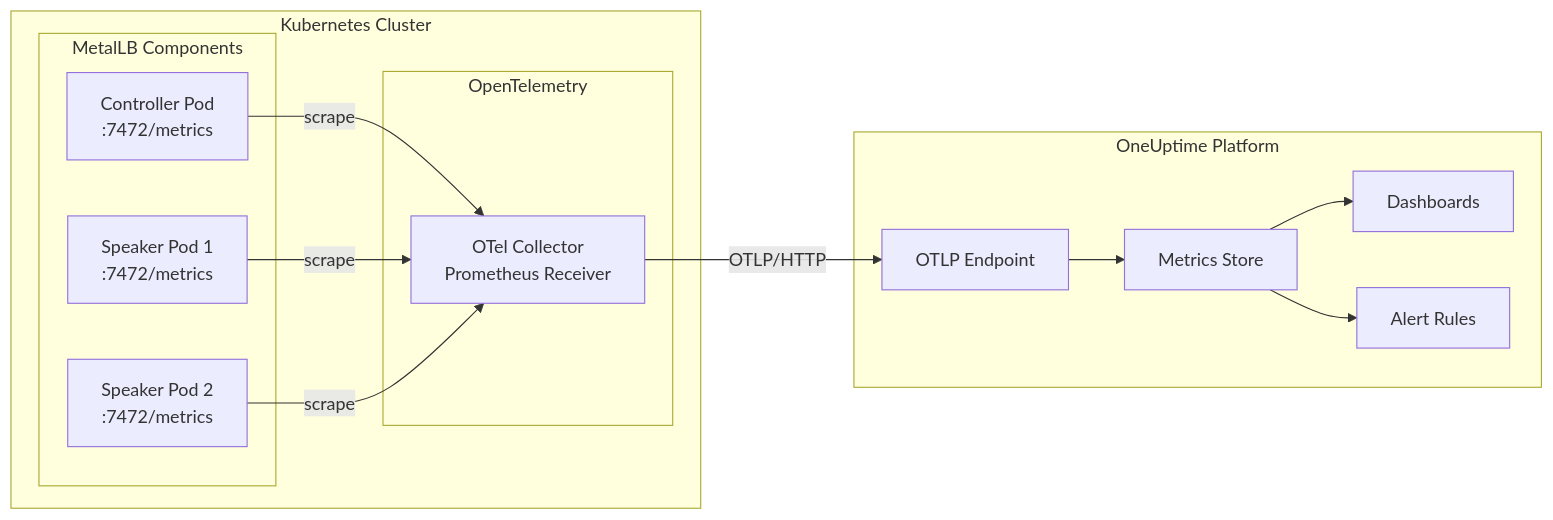
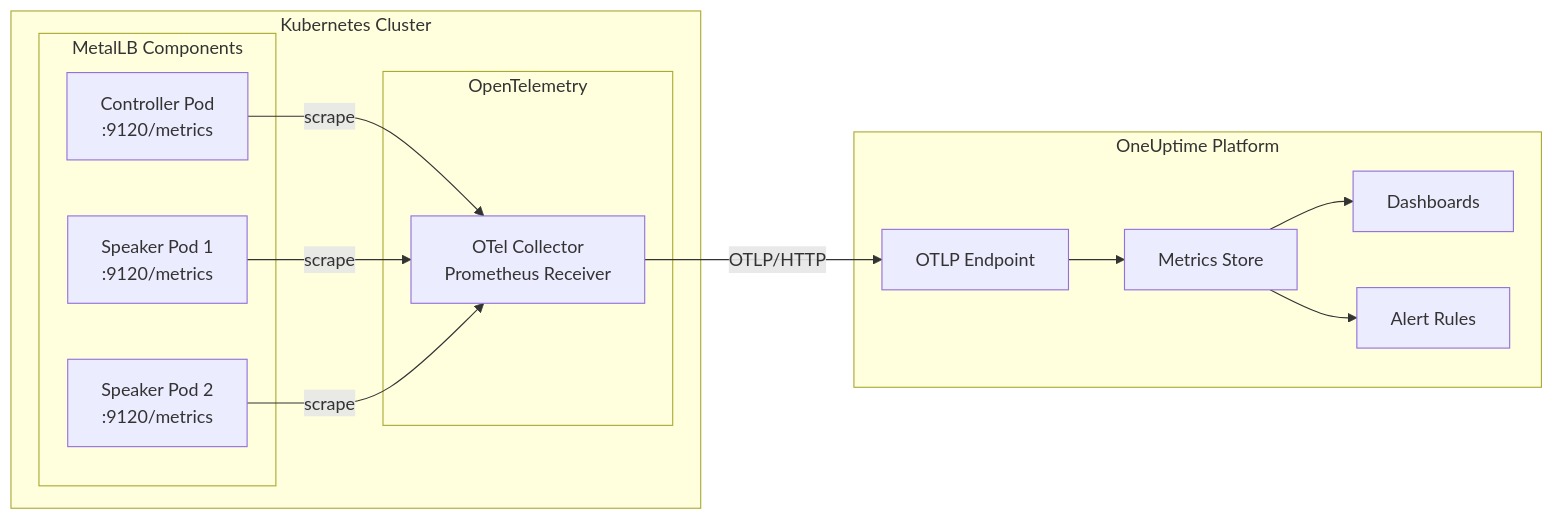
Before and after one commit to OneUptime/blog: the first of 3 diagrams in posts/2026-01-07-metallb-oneuptime-integration/README.md, drawn with Mermaid. The commit also changed other lines of this file and 2 other files, not shown here.

````diff
--- a/posts/2026-01-07-metallb-oneuptime-integration/README.md
+++ b/posts/2026-01-07-metallb-oneuptime-integration/README.md
@@ -56,29 +58,29 @@
 ```mermaid
 flowchart LR
     subgraph Cluster["Kubernetes Cluster"]
         subgraph MetalLB["MetalLB Components"]
-            Controller["Controller Pod<br/>:7472/metrics"]
-            Speaker1["Speaker Pod 1<br/>:7472/metrics"]
-            Speaker2["Speaker Pod 2<br/>:7472/metrics"]
+            Controller["Controller Pod<br/>:9120/metrics"]
+            Speaker1["Speaker Pod 1<br/>:9120/metrics"]
+            Speaker2["Speaker Pod 2<br/>:9120/metrics"]
         end
 
         subgraph OTel["OpenTelemetry"]
             Collector["OTel Collector<br/>Prometheus Receiver"]
         end
     end
 
     subgraph OneUptime["OneUptime Platform"]
         OTLP["OTLP Endpoint"]
         Metrics["Metrics Store"]
         Dashboards["Dashboards"]
         Alerts["Alert Rules"]
     end
 
     Controller -->|"scrape"| Collector
     Speaker1 -->|"scrape"| Collector
     Speaker2 -->|"scrape"| Collector
     Collector -->|"OTLP/HTTP"| OTLP
     OTLP --> Metrics
     Metrics --> Dashboards
     Metrics --> Alerts
 ```
````
